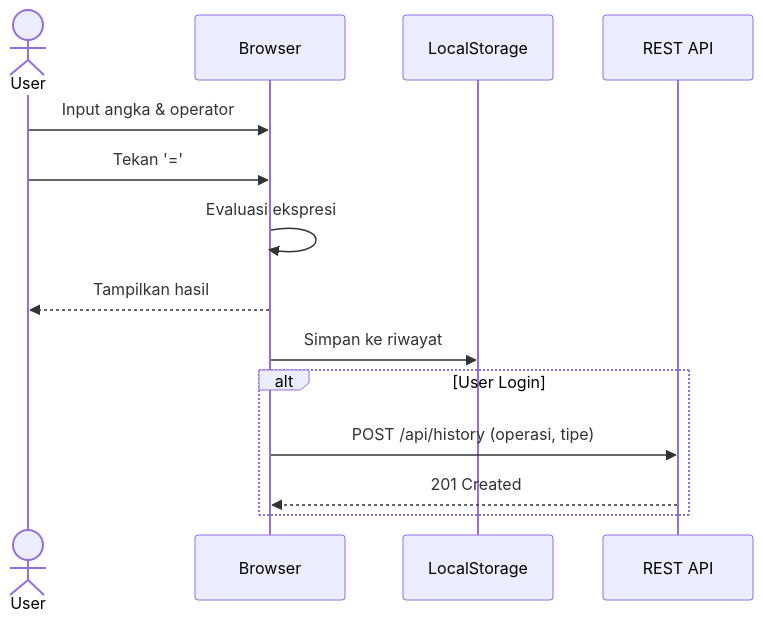
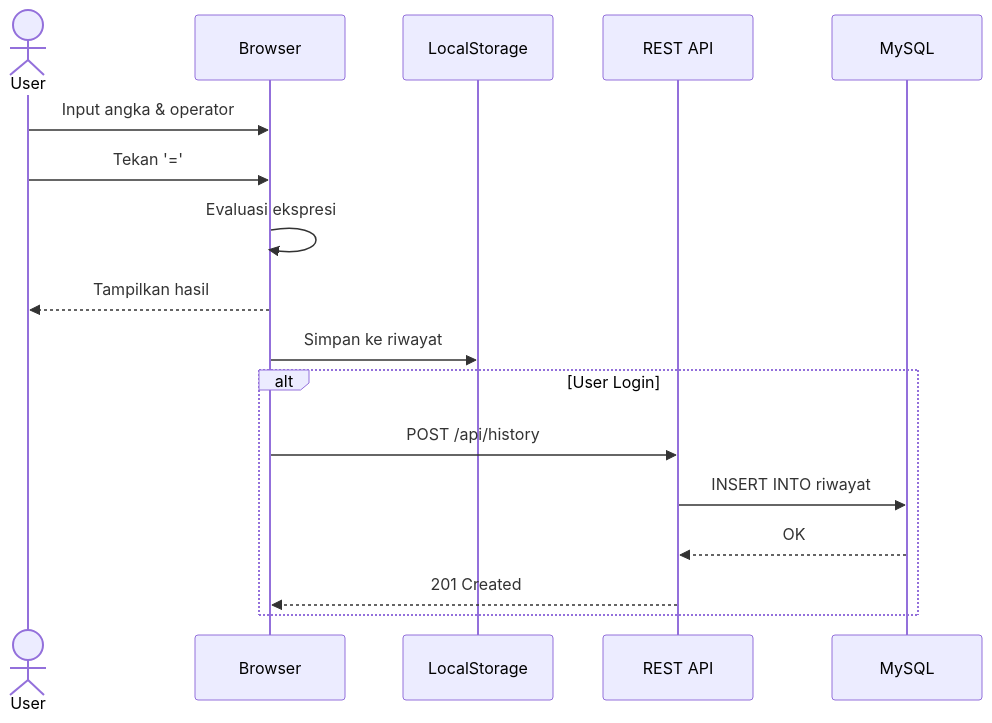
Before and after one commit to falcon-ioi/Caclcon: the fourth of 6 diagrams in e-concalc-web/README.md, drawn with Mermaid. The commit also changed other lines of this file, not shown here.

````diff
--- a/e-concalc-web/README.md
+++ b/e-concalc-web/README.md
@@ -250,17 +167,20 @@
 ```mermaid
 sequenceDiagram
     actor User
     participant Browser
     participant LocalStorage
     participant API as REST API
+    participant DB as MySQL
 
     User->>Browser: Input angka & operator
     User->>Browser: Tekan '='
     Browser->>Browser: Evaluasi ekspresi
     Browser-->>User: Tampilkan hasil
     Browser->>LocalStorage: Simpan ke riwayat
     alt User Login
-        Browser->>API: POST /api/history (operasi, tipe)
+        Browser->>API: POST /api/history
+        API->>DB: INSERT INTO riwayat
+        DB-->>API: OK
         API-->>Browser: 201 Created
     end
 ```
````
